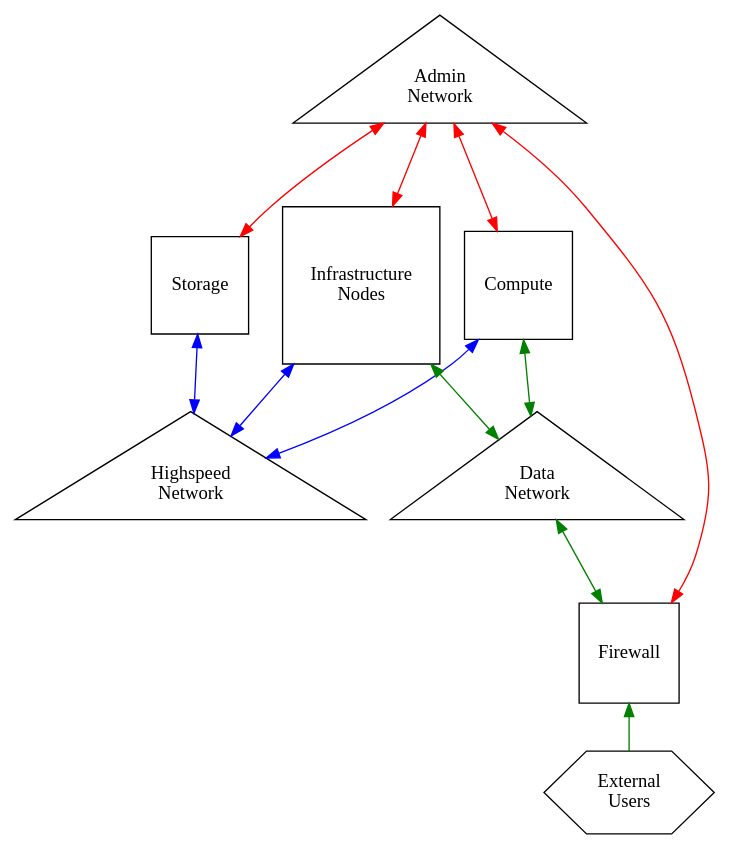
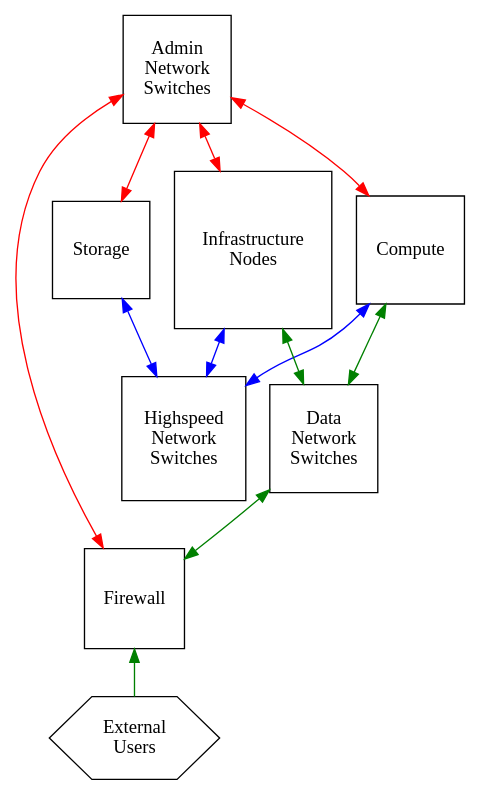
The diagram in Architecture_Diagrams/architecture_diagram_2.gv (BSCrumpton/hpc-diagram-sensitivity-examples), drawn with Graphviz before and after one commit. The commit also changed 4 other files, not shown here.

First line of the commit message:
re-wrote all architecture diagrams to use default rankdir, non-quoted attributes

```diff
--- a/Architecture_Diagrams/architecture_diagram_2.gv
+++ b/Architecture_Diagrams/architecture_diagram_2.gv
@@ -1,24 +1,22 @@
 // Adding a firewall, acknowledging that there may be routing between the data and admin networks
 digraph g {
-    rankdir="BT";
-    overlap="scalexy"
-    Admin_Net[shape=triangle,label="Admin\nNetwork"];
+    Admin_Net[shape=square,label="Admin\nNetwork\nSwitches"];
     Compute[shape=square];
     Firewall[shape=square];
     Storage[shape=square];
     Infra[shape=square,label="Infrastructure\nNodes"];
-    HS_Net[shape=triangle,label="Highspeed\nNetwork"];
-    Data_Net[shape=triangle,label="Data\nNetwork"];
+    HS_Net[shape=square,label="Highspeed\nNetwork\nSwitches"];
+    Data_Net[shape=square,label="Data\nNetwork\nSwitches"];
     External[shape=hexagon,label="External\nUsers"]
-    External -> Firewall[color="green"];
-    Firewall -> Data_Net[dir="both",color="green"];
-    Firewall -> Admin_Net[dir="both",color="red"];
-    Data_Net -> Compute[dir="both",color="green"];
-    HS_Net -> Compute[dir="both",color="blue"];
-    Compute -> Admin_Net[dir="both",color="red"];
-    Data_Net -> Infra[dir="both",color="green"];
-    HS_Net -> Infra[dir="both",color="blue"];
-    Infra -> Admin_Net[dir="both",color="red"];
-    HS_Net -> Storage[dir="both",color="blue"];
-    Storage -> Admin_Net[dir="both",color="red"];
+    Firewall -> External[dir=back,color=green];
+    Data_Net -> Firewall[dir=both,color=green];
+    Admin_Net -> Firewall[dir=both,color=red];
+    Compute -> Data_Net[dir=both,color=green];
+    Compute -> HS_Net[dir=both,color=blue];
+    Admin_Net -> Compute[dir=both,color=red];
+    Infra -> Data_Net[dir=both,color=green];
+    Infra -> HS_Net[dir=both,color=blue];
+    Admin_Net -> Infra[dir=both,color=red];
+    Storage -> HS_Net[dir=both,color=blue];
+    Admin_Net -> Storage[dir=both,color=red];
 }
```
